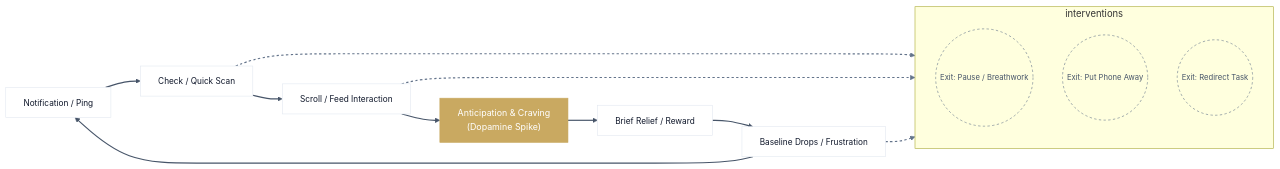
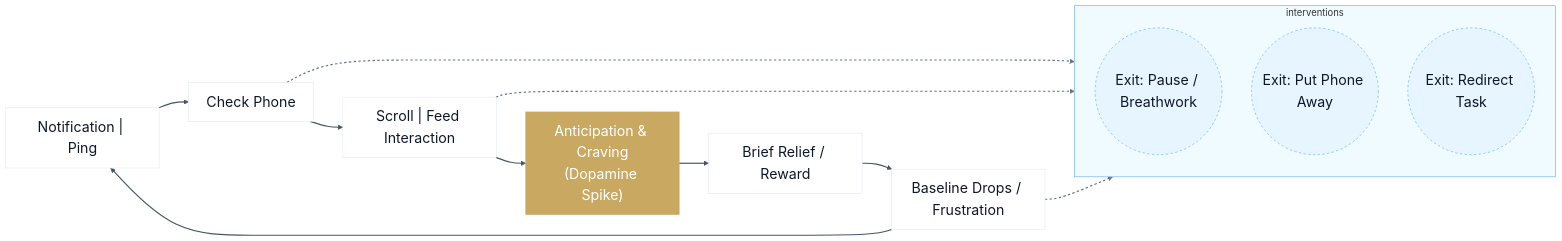
Before and after one commit to BenWassa/dukkha: the diagram in notes/ping_scroll.mmd, drawn with Mermaid. The commit also changed 1 other file, not shown here.

```diff
--- a/notes/ping_scroll.mmd
+++ b/notes/ping_scroll.mmd
@@ -1,51 +1,55 @@
 %% Ping/Scroll Loop - Mermaid prototype
 %% Place this file in Figma or export to SVG with mermaid-cli (mmdc)
 
 flowchart LR
   %% Nodes around the loop
-  A["Notification / Ping"] --> B["Check / Quick Scan"]
-  B --> C["Scroll / Feed Interaction"]
-  C --> D["Anticipation & Craving<br>(Dopamine Spike)"]
-  D --> E["Brief Relief / Reward"]
-  E --> F["Baseline Drops / Frustration"]
+  A["<font size='5'>Notification | Ping</font>"] --> B["<font size='5'>Check Phone</font>"]
+  B --> C["<font size='5'>Scroll | Feed Interaction</font>"]
+  C --> D["<font size='5'>Anticipation & Craving<br>(Dopamine Spike)</font>"]
+  D --> E["<font size='5'>Brief Relief / Reward</font>"]
+  E --> F["<font size='5'>Baseline Drops / Frustration</font>"]
   F --> A
 
   %% Intervention off-ramps (outside the main loop)
   subgraph interventions
     direction TB
-    X1(("Exit: Pause / Breathwork"))
-    X2(("Exit: Put Phone Away"))
-    X3(("Exit: Redirect Task"))
+  X1(("<font size='5'>Exit: Pause / Breathwork</font>"))
+  X2(("<font size='5'>Exit: Put Phone Away</font>"))
+  X3(("<font size='5'>Exit: Redirect Task</font>"))
   end
 
   %% Dashed connections from loop to interventions
   B -.-> X1
   C -.-> X2
   F -.-> X3
 
   %% Styling: use project tokens (hex values from variables.css)
   %% nodeBase: neutral nodes; nodeAccent: dopamine node; offRamp: intervention pills; arrow styling via linkStyle
   classDef nodeBase fill:#ffffff,stroke:#e2e8f0,stroke-width:1px,color:#0f172a,font-size:14px
   classDef nodeAccent fill:#c9a961,stroke:#c9a961,stroke-width:1px,color:#ffffff,font-size:15px
-  classDef offRamp fill:transparent,stroke:#64748b,stroke-dasharray:4 4,color:#475569,font-size:13px
+  %% off-ramp styling: light transparent blue fill, clear stroke and darker text for legibility
+  classDef offRamp fill:#e6f5ff,stroke:#60a5fa,stroke-dasharray:4 4,color:#0f172a,font-size:14px
 
   %% assign classes to nodes
   class A,B,C,E,F nodeBase
   class D nodeAccent
   class X1,X2,X3 offRamp
+
+  %% style the interventions subgraph background (subtle blue panel)
+  style interventions fill:#f0fbff,stroke:#60a5fa,stroke-width:1px
 
   %% Link styles: main loop links 0..5, off-ramps 6..8
   linkStyle 0 stroke:#475569,stroke-width:2px
   linkStyle 1 stroke:#475569,stroke-width:2px
   linkStyle 2 stroke:#475569,stroke-width:2px
   linkStyle 3 stroke:#475569,stroke-width:2px
   linkStyle 4 stroke:#475569,stroke-width:2px
   linkStyle 5 stroke:#475569,stroke-width:2px
 
   linkStyle 6 stroke:#64748b,stroke-width:2px,stroke-dasharray:4 4
   linkStyle 7 stroke:#64748b,stroke-width:2px,stroke-dasharray:4 4
   linkStyle 8 stroke:#64748b,stroke-width:2px,stroke-dasharray:4 4
 
   %% Notes:
   %% - When exporting to SVG and importing into Figma, convert styled text to editable text and restyle fills with your CSS variables.
   %% - The numbered linkStyle refers to the 0-based index of links; adjust after export if needed.
```
